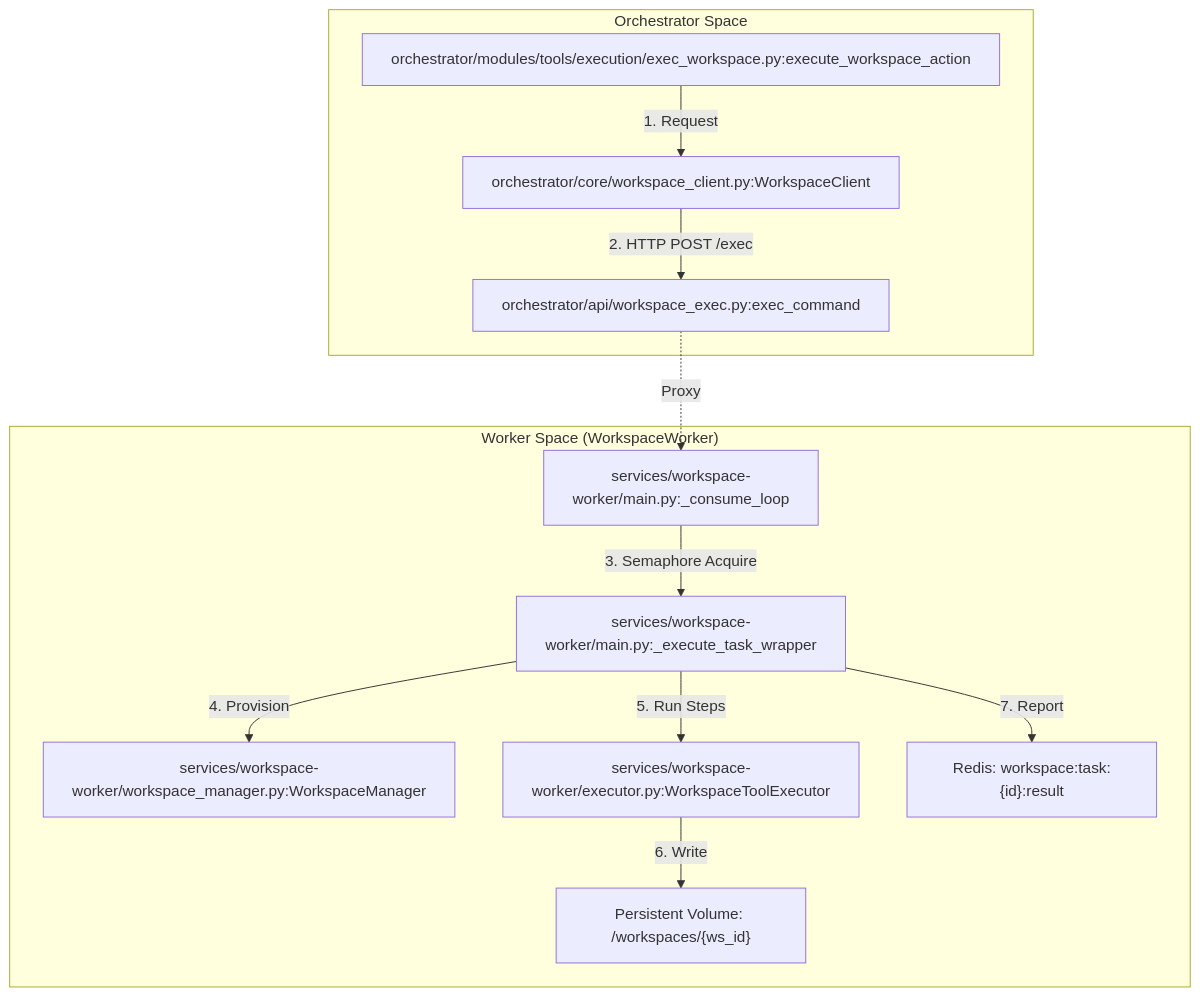
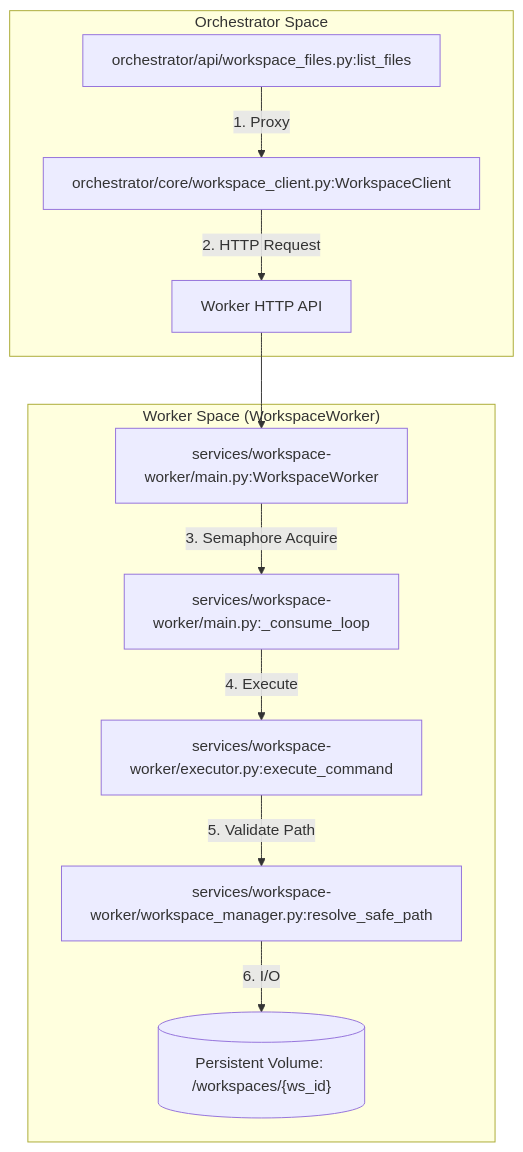
The first of 2 diagrams in docs/workspace-execution/workspace-worker-architecture.md (AutomatosAI/automatos-ai), drawn with Mermaid before and after one commit. The commit also changed other lines of this file and 191 other files, not shown here.

````diff
--- a/docs/workspace-execution/workspace-worker-architecture.md
+++ b/docs/workspace-execution/workspace-worker-architecture.md
@@ -44,17 +49,15 @@
 ```mermaid
 graph TD
   subgraph "Orchestrator Space"
-    A["orchestrator/modules/tools/execution/exec_workspace.py:execute_workspace_action"] -->|1. Request| B["orchestrator/core/workspace_client.py:WorkspaceClient"]
-    B -->|2. HTTP POST /exec| C["orchestrator/api/workspace_exec.py:exec_command"]
+    A["orchestrator/api/workspace_files.py:list_files"] -->|1. Proxy| B["orchestrator/core/workspace_client.py:WorkspaceClient"]
+    B -->|2. HTTP Request| C["Worker HTTP API"]
   end
 
   subgraph "Worker Space (WorkspaceWorker)"
-    D["services/workspace-worker/main.py:_consume_loop"] -->|3. Semaphore Acquire| E["services/workspace-worker/main.py:_execute_task_wrapper"]
-    E -->|4. Provision| F["services/workspace-worker/workspace_manager.py:WorkspaceManager"]
-    E -->|5. Run Steps| G["services/workspace-worker/executor.py:WorkspaceToolExecutor"]
-    G -->|6. Write| H["Persistent Volume: /workspaces/{ws_id}"]
-    E -->|7. Report| I["Redis: workspace:task:{id}:result"]
+    C --> D["services/workspace-worker/main.py:WorkspaceWorker"]
+    D -->|3. Semaphore Acquire| E["services/workspace-worker/main.py:_consume_loop"]
+    E -->|4. Execute| F["services/workspace-worker/executor.py:execute_command"]
+    F -->|5. Validate Path| G["services/workspace-worker/workspace_manager.py:resolve_safe_path"]
+    G -->|6. I/O| H[("Persistent Volume: /workspaces/{ws_id}")]
   end
-
-  C -.->|Proxy| D
 ```
````
